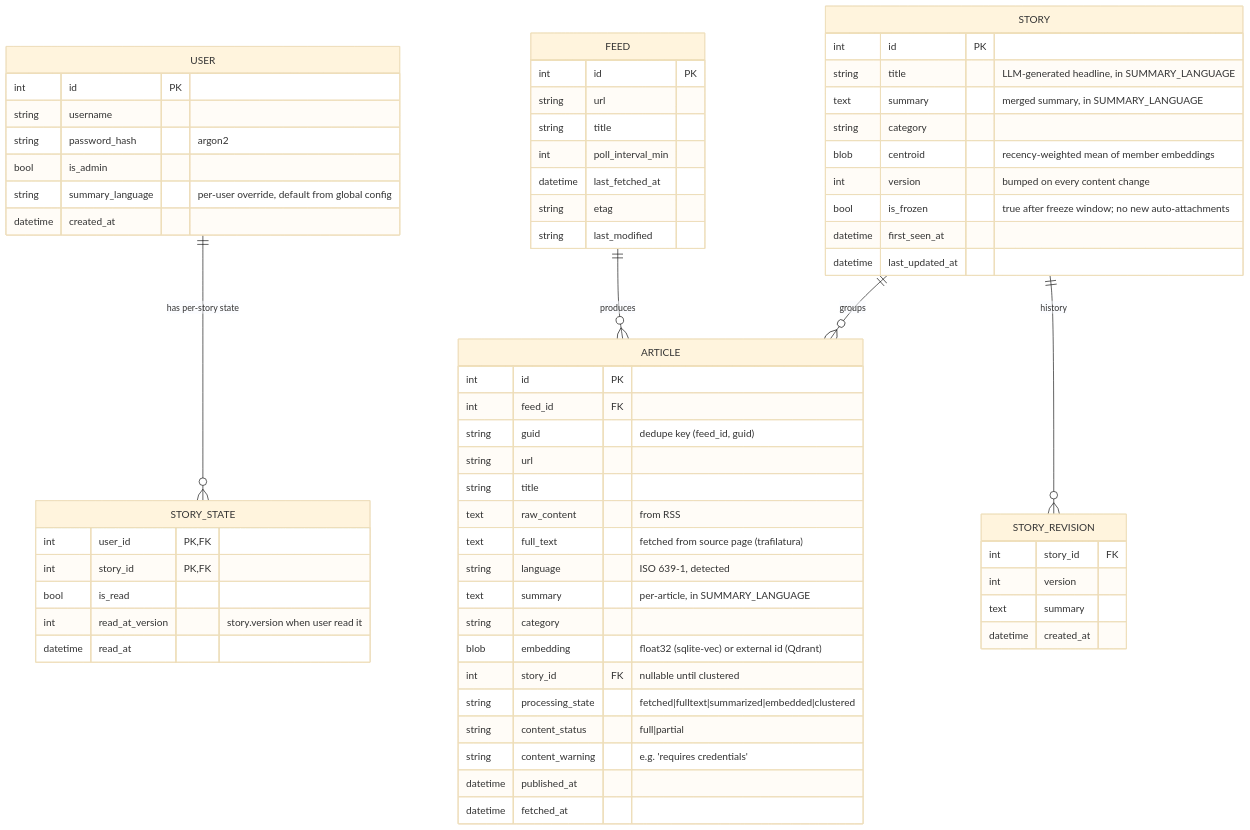
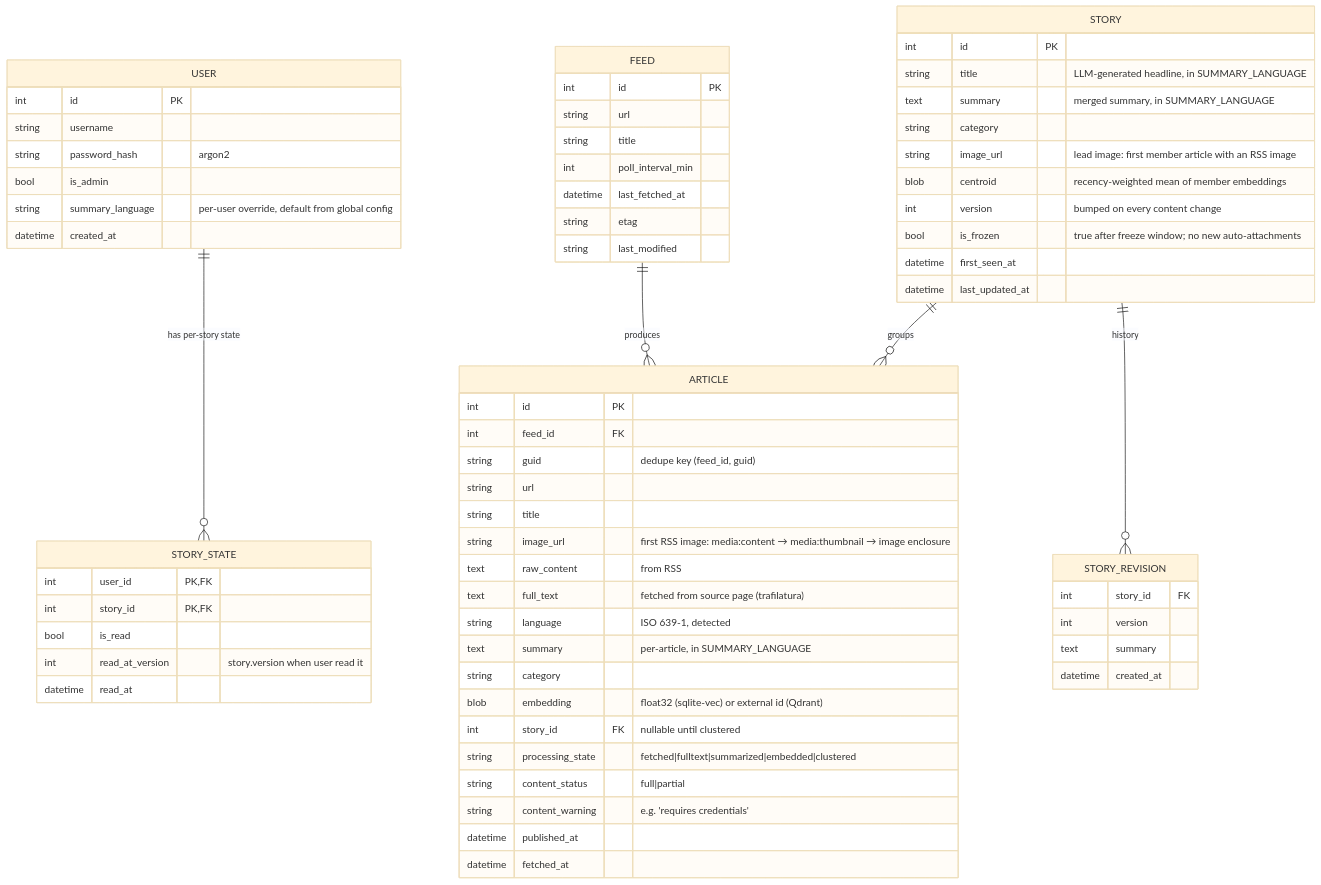
The first of 2 diagrams in SPEC.md (Tekka90/NewsGator), drawn with Mermaid (base theme) before and after one commit. The commit also changed other lines of this file and 20 other files, not shown here.

First line of the commit message:
feat: add image_url to articles and stories, update migrations and models

````diff
--- a/SPEC.md
+++ b/SPEC.md
@@ -77,73 +77,75 @@
 ```mermaid
 erDiagram
     USER ||--o{ STORY_STATE : "has per-story state"
     FEED ||--o{ ARTICLE : produces
     STORY ||--o{ ARTICLE : groups
     STORY ||--o{ STORY_REVISION : "history"
 
     USER {
         int id PK
         string username
         string password_hash  "argon2"
         bool   is_admin
         string summary_language  "per-user override, default from global config"
         datetime created_at
     }
 
     FEED {
         int id PK
         string url
         string title
         int poll_interval_min
         datetime last_fetched_at
         string etag
         string last_modified
     }
 
     ARTICLE {
         int id PK
         int feed_id FK
         string guid          "dedupe key (feed_id, guid)"
         string url
         string title
+        string image_url   "first RSS image: media:content → media:thumbnail → image enclosure"
         text   raw_content   "from RSS"
         text   full_text     "fetched from source page (trafilatura)"
         string language      "ISO 639-1, detected"
         text   summary       "per-article, in SUMMARY_LANGUAGE"
         string category
         blob   embedding     "float32 (sqlite-vec) or external id (Qdrant)"
         int    story_id FK   "nullable until clustered"
         string processing_state "fetched|fulltext|summarized|embedded|clustered"
         string content_status   "full|partial"
         string content_warning  "e.g. 'requires credentials'"
         datetime published_at
         datetime fetched_at
     }
 
     STORY {
         int id PK
         string title          "LLM-generated headline, in SUMMARY_LANGUAGE"
         text   summary        "merged summary, in SUMMARY_LANGUAGE"
         string category
+        string image_url      "lead image: first member article with an RSS image"
         blob   centroid       "recency-weighted mean of member embeddings"
         int    version        "bumped on every content change"
         bool   is_frozen      "true after freeze window; no new auto-attachments"
         datetime first_seen_at
         datetime last_updated_at
     }
 
     STORY_STATE {
         int user_id PK, FK
         int story_id PK, FK
         bool   is_read
         int    read_at_version  "story.version when user read it"
         datetime read_at
     }
 
     STORY_REVISION {
         int story_id FK
         int version
         text summary
         datetime created_at
     }
 ```
````
